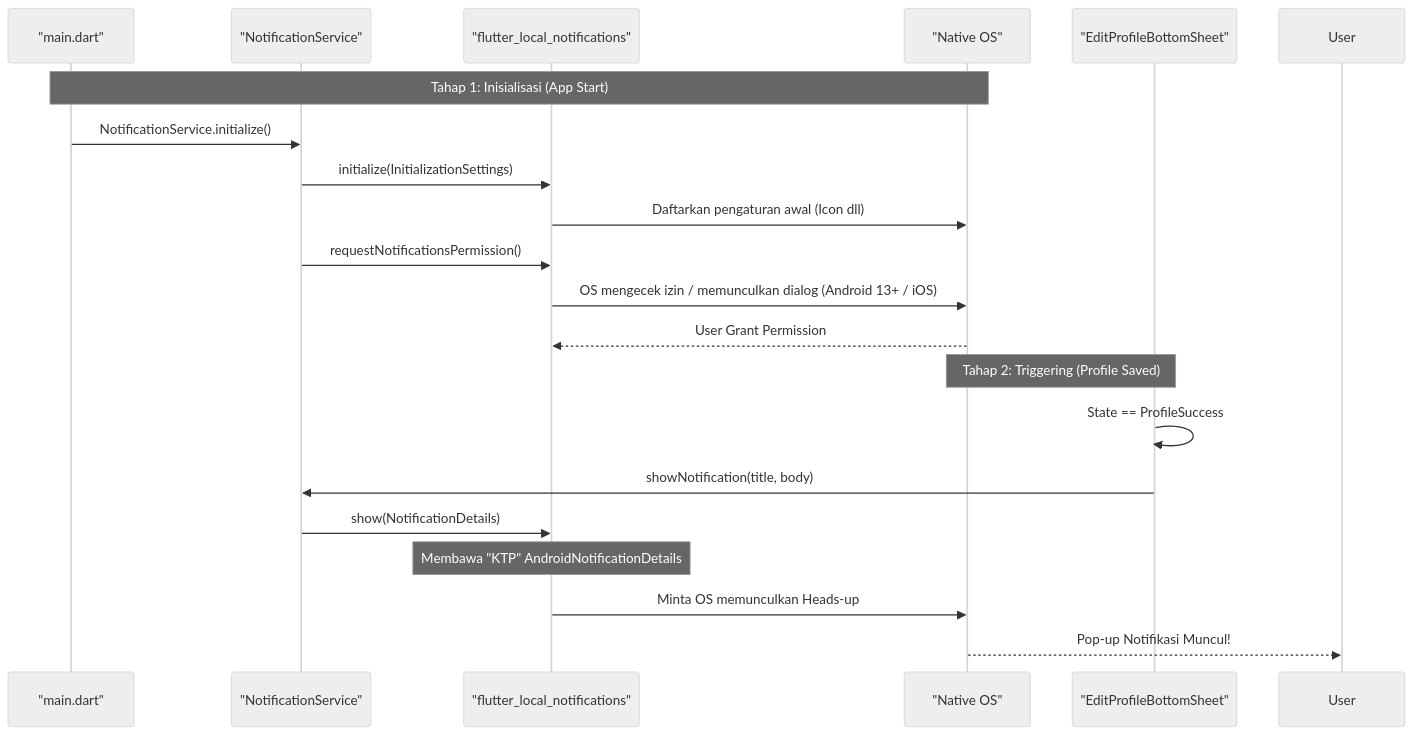
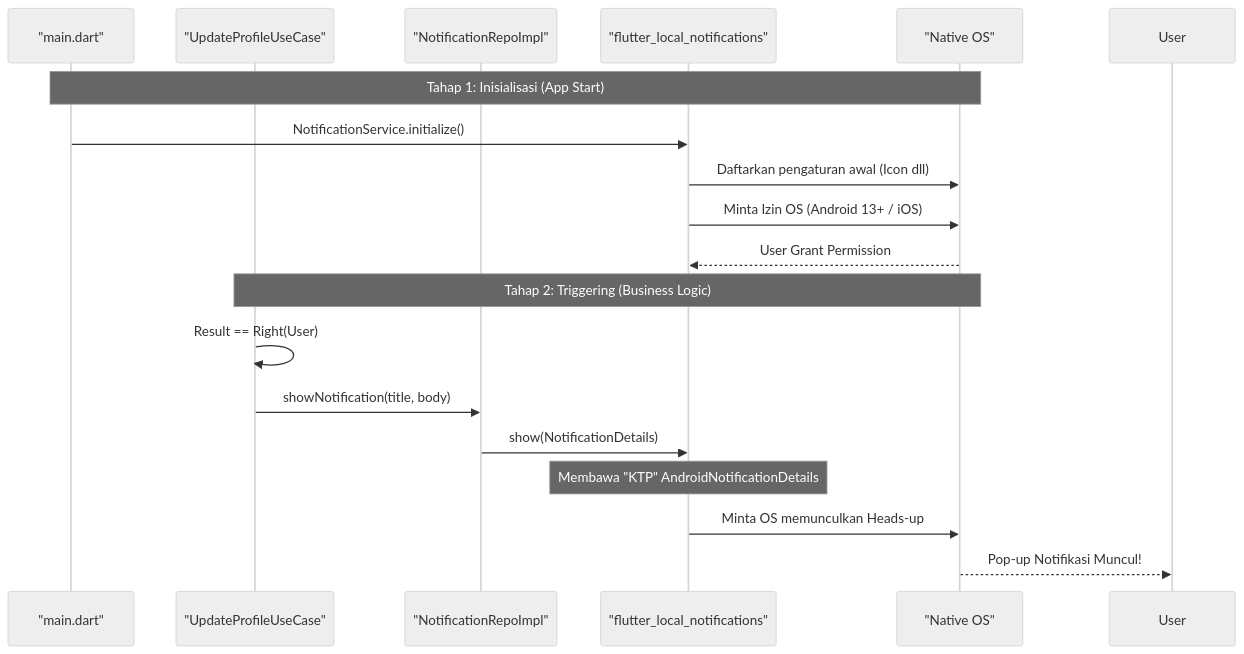
The fifth of 6 diagrams in docs/features/update_profile.md (nunutech40/news-app-flutter), drawn with Mermaid (neutral theme) before and after one commit. The commit also changed other lines of this file and 6 other files, not shown here.

Commit message:
refactor: apply strict Clean Architecture to local notifications & update docs

````diff
--- a/docs/features/update_profile.md
+++ b/docs/features/update_profile.md
@@ -189,24 +189,22 @@
 ```mermaid
 sequenceDiagram
     participant Main as "main.dart"
-    participant Notif as "NotificationService"
+    participant UC as "UpdateProfileUseCase"
+    participant Notif as "NotificationRepoImpl"
     participant Plugin as "flutter_local_notifications"
     participant OS as "Native OS"
-    participant UI as "EditProfileBottomSheet"
 
     Note over Main,OS: Tahap 1: Inisialisasi (App Start)
-    Main->>Notif: NotificationService.initialize()
-    Notif->>Plugin: initialize(InitializationSettings)
+    Main->>Plugin: NotificationService.initialize()
     Plugin->>OS: Daftarkan pengaturan awal (Icon dll)
-    Notif->>Plugin: requestNotificationsPermission()
-    Plugin->>OS: OS mengecek izin / memunculkan dialog (Android 13+ / iOS)
+    Plugin->>OS: Minta Izin OS (Android 13+ / iOS)
     OS-->>Plugin: User Grant Permission
     
-    Note over UI,OS: Tahap 2: Triggering (Profile Saved)
-    UI->>UI: State == ProfileSuccess
-    UI->>Notif: showNotification(title, body)
+    Note over UC,OS: Tahap 2: Triggering (Business Logic)
+    UC->>UC: Result == Right(User)
+    UC->>Notif: showNotification(title, body)
     Notif->>Plugin: show(NotificationDetails)
     Note over Plugin: Membawa "KTP" AndroidNotificationDetails
     Plugin->>OS: Minta OS memunculkan Heads-up
     OS-->>User: Pop-up Notifikasi Muncul!
 ```
````
